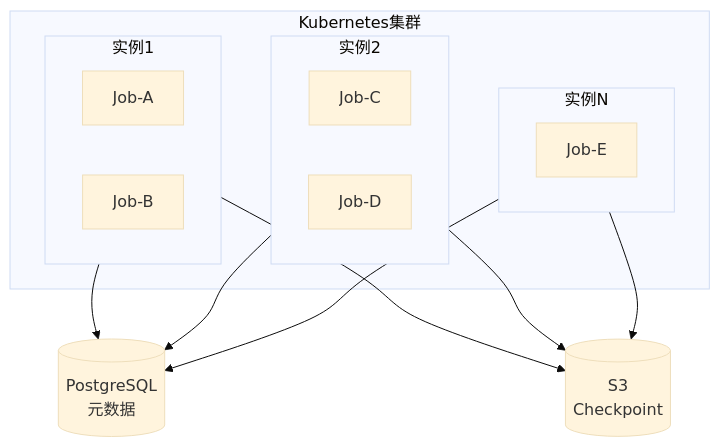
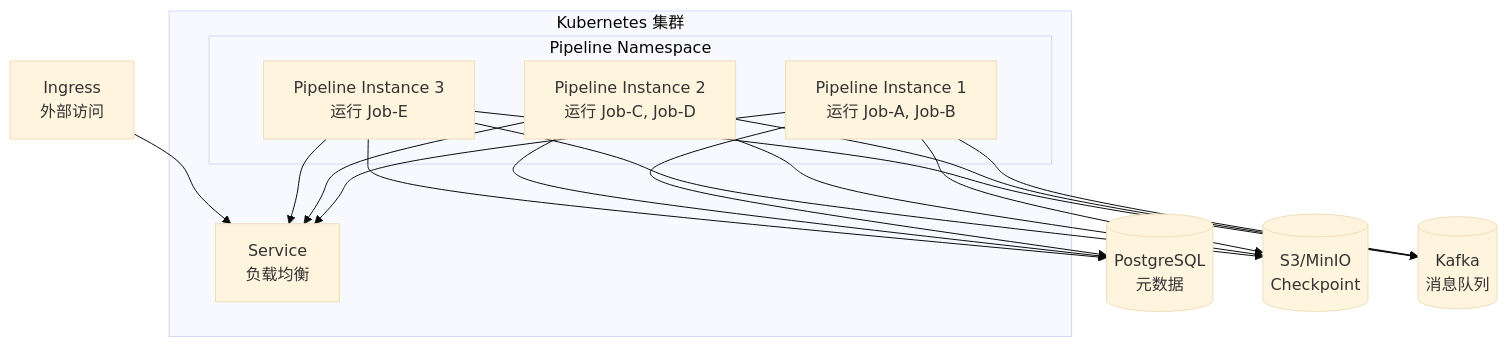
One commit to 312268112/advanced-java changed diagram 16 of 16 in pipeline-framework-design.md. Above: the diagram before and after it, drawn with Mermaid (base theme). The commit also changed other lines of this file, not shown here.

````diff
--- a/pipeline-framework-design.md
+++ b/pipeline-framework-design.md
@@ -776,29 +1722,35 @@
 ```mermaid
 graph TB
-    subgraph K8s["Kubernetes集群"]
-        subgraph Instance1["实例1"]
-            J1[Job-A]
-            J2[Job-B]
+    subgraph "Kubernetes 集群"
+        subgraph "Pipeline Namespace"
+            Pod1[Pipeline Instance 1<br/>运行 Job-A, Job-B]
+            Pod2[Pipeline Instance 2<br/>运行 Job-C, Job-D]
+            Pod3[Pipeline Instance 3<br/>运行 Job-E]
         end
         
-        subgraph Instance2["实例2"]
-            J3[Job-C]
-            J4[Job-D]
-        end
+        Service[Service<br/>负载均衡]
         
-        subgraph Instance3["实例N"]
-            J5[Job-E]
-        end
+        Pod1 --> Service
+        Pod2 --> Service
+        Pod3 --> Service
     end
     
+    Ingress[Ingress<br/>外部访问]
+    Ingress --> Service
+    
     DB[(PostgreSQL<br/>元数据)]
-    S3[(S3<br/>Checkpoint)]
+    S3[(S3/MinIO<br/>Checkpoint)]
+    Kafka[(Kafka<br/>消息队列)]
     
-    Instance1 --> DB
-    Instance2 --> DB
-    Instance3 --> DB
+    Pod1 --> DB
+    Pod2 --> DB
+    Pod3 --> DB
     
-    Instance1 --> S3
-    Instance2 --> S3
-    Instance3 --> S3
+    Pod1 --> S3
+    Pod2 --> S3
+    Pod3 --> S3
+    
+    Pod1 --> Kafka
+    Pod2 --> Kafka
+    Pod3 --> Kafka
 ```
````
